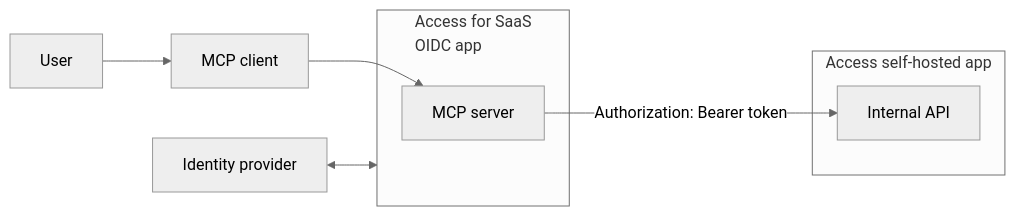
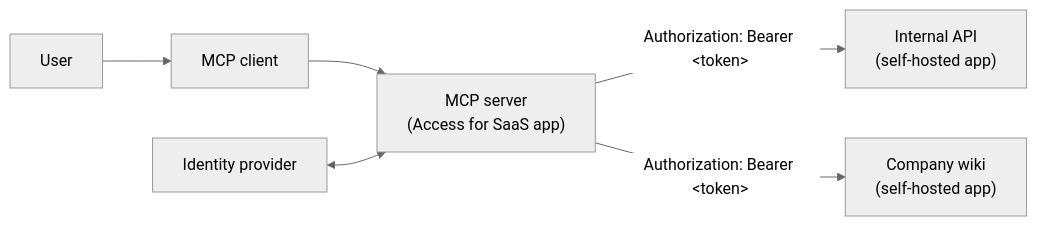
Before and after one commit to cloudflare/cloudflare-docs: the second of 2 diagrams in src/content/docs/cloudflare-one/access-controls/ai-controls/linked-apps.mdx, drawn with Mermaid (neutral theme). The commit also changed other lines of this file, not shown here.

Commit message:
self-hosted app flow

````diff
--- a/src/content/docs/cloudflare-one/access-controls/ai-controls/linked-apps.mdx
+++ b/src/content/docs/cloudflare-one/access-controls/ai-controls/linked-apps.mdx
@@ -104,16 +107,9 @@
 ```mermaid
 flowchart LR
 accTitle: SaaS MCP server accessing internal applications
-    subgraph SaaS["Access for SaaS <br> OIDC app"]
-        mcp["MCP server"]
-    end
-
-    subgraph "Access self-hosted app"
-        app1[Internal API]
-    end
-
     User --> client["MCP client"]
-    client --> mcp
-    mcp -- "Authorization: Bearer token" --> app1
-    idp[Identity provider] <--> SaaS
+    client --> mcp["MCP server <br> (Access for SaaS app)"]
+    mcp -- "Authorization: Bearer &lt;token&gt;" --> app1["Internal API <br> (self-hosted app)"]
+    mcp -- "Authorization: Bearer &lt;token&gt;" --> app2["Company wiki <br> (self-hosted app)"]
+    idp[Identity provider] <--> mcp
 ```
````
